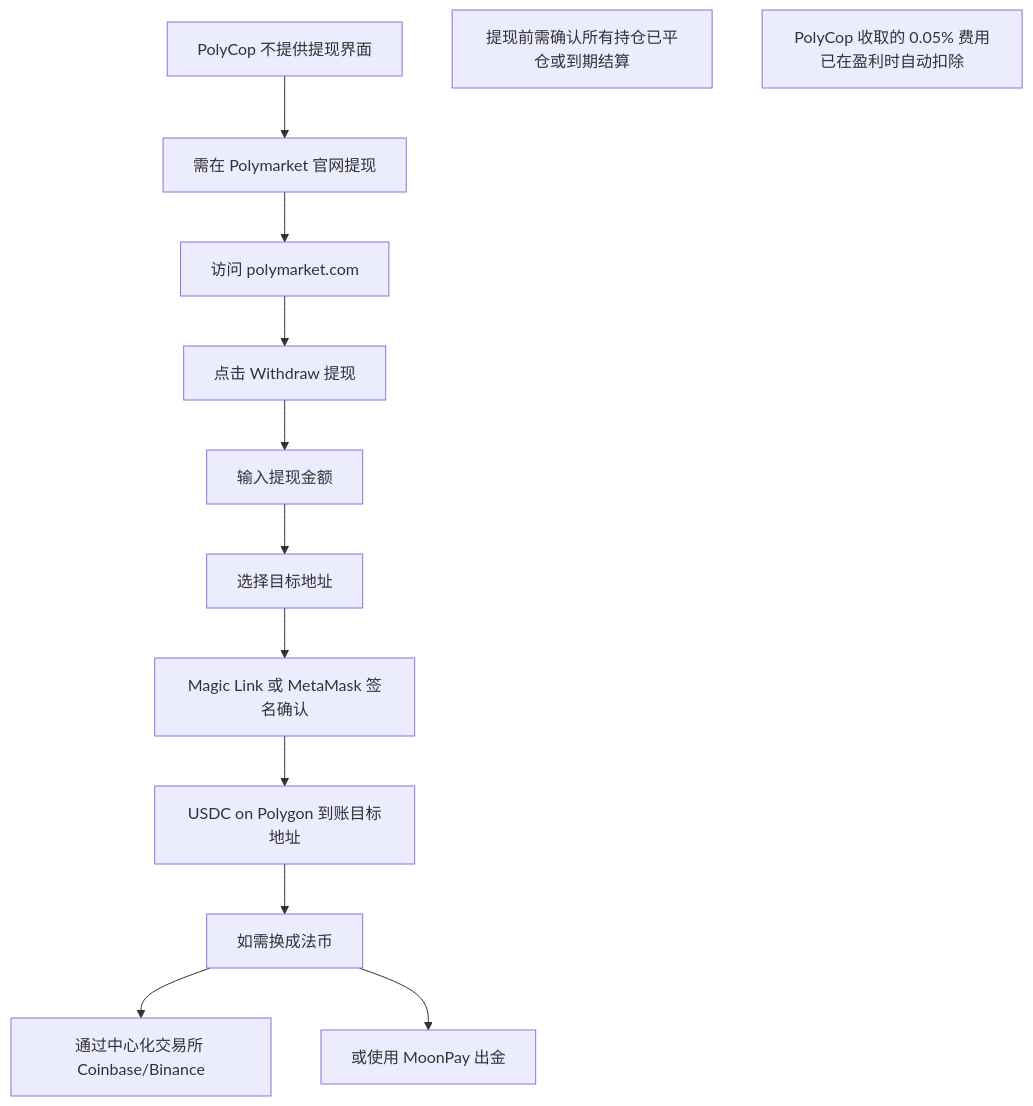
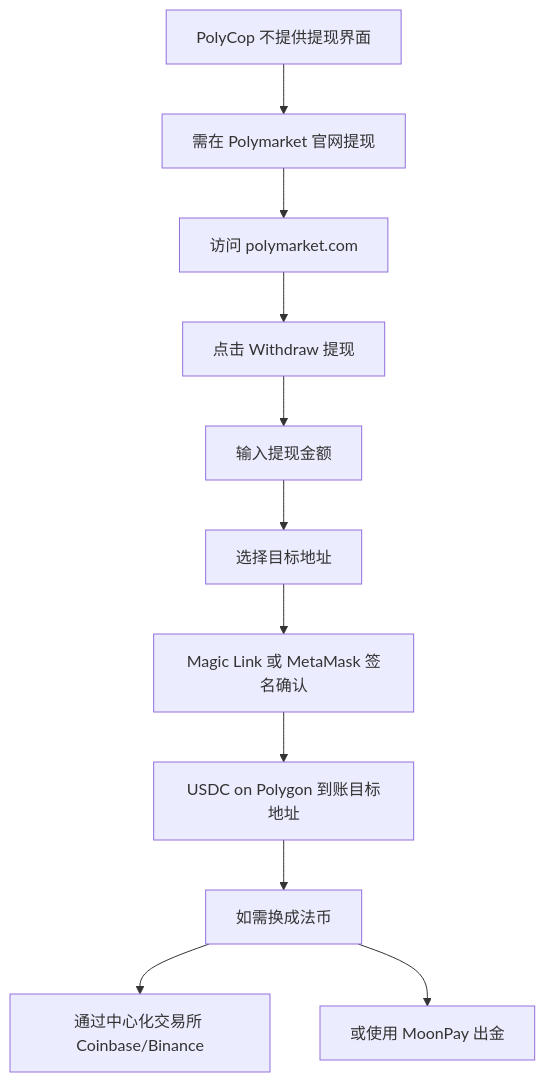
One commit to survivorff/polymarket_research changed the seventh of 13 diagrams in research/02_polycop/analysis.md. Above: the diagram before and after it, drawn with Mermaid. The commit also changed other lines of this file and 11 other files, not shown here.

First line of the commit message:
修复所有 Mermaid 语法错误，确保流程图可正常渲染

````diff
--- a/research/02_polycop/analysis.md
+++ b/research/02_polycop/analysis.md
@@ -169,15 +169,15 @@
 ```mermaid
 flowchart TD
     A[PolyCop 不提供提现界面] --> B[需在 Polymarket 官网提现]
     B --> C[访问 polymarket.com]
     C --> D[点击 Withdraw 提现]
     D --> E[输入提现金额]
     E --> F[选择目标地址]
     F --> G[Magic Link 或 MetaMask 签名确认]
     G --> H[USDC on Polygon 到账目标地址]
     H --> I[如需换成法币]
     I --> I1[通过中心化交易所 Coinbase/Binance]
     I --> I2[或使用 MoonPay 出金]
-    note1[提现前需确认所有持仓已平仓或到期结算]
-    note2[PolyCop 收取的 0.05% 费用已在盈利时自动扣除]
+    %% 注: 提现前需确认所有持仓已平仓或到期结算
+    %% 注: PolyCop 收取的 0.05% 费用已在盈利时自动扣除
 ```
````
